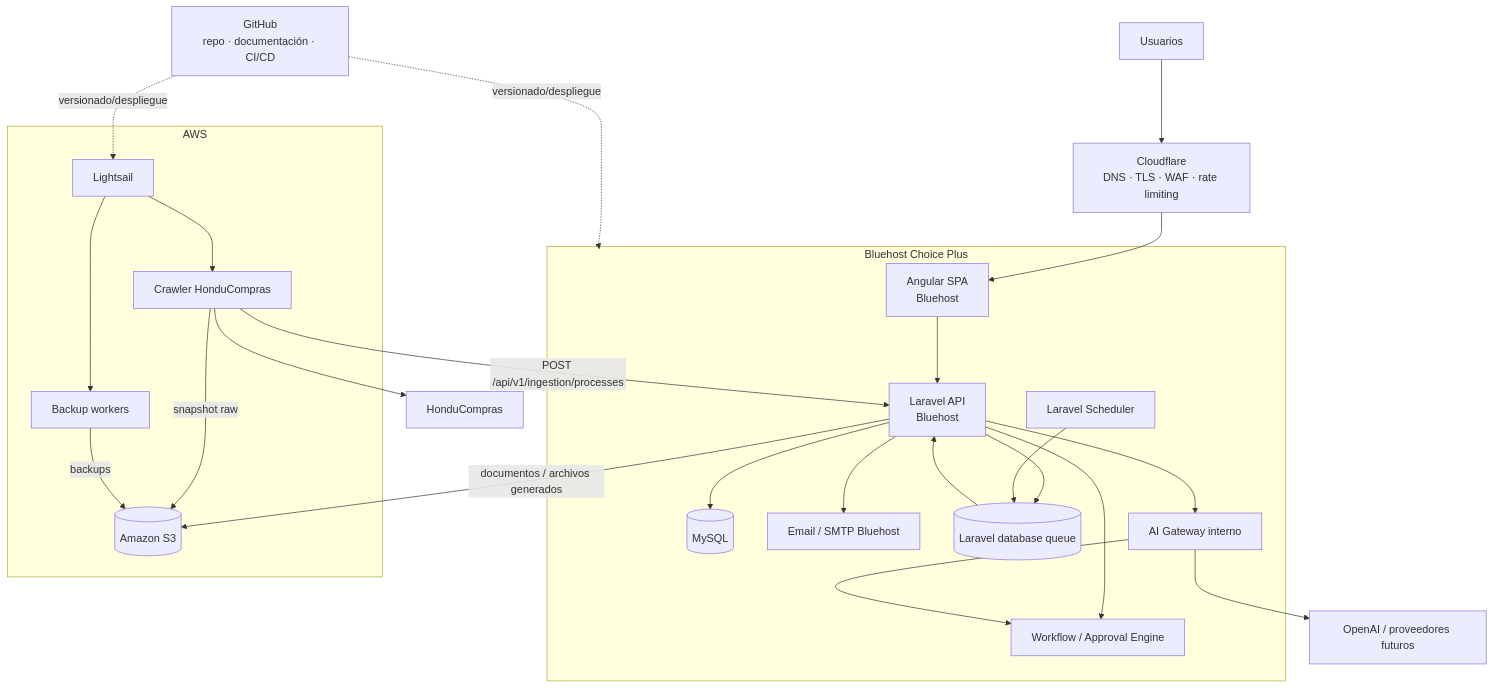
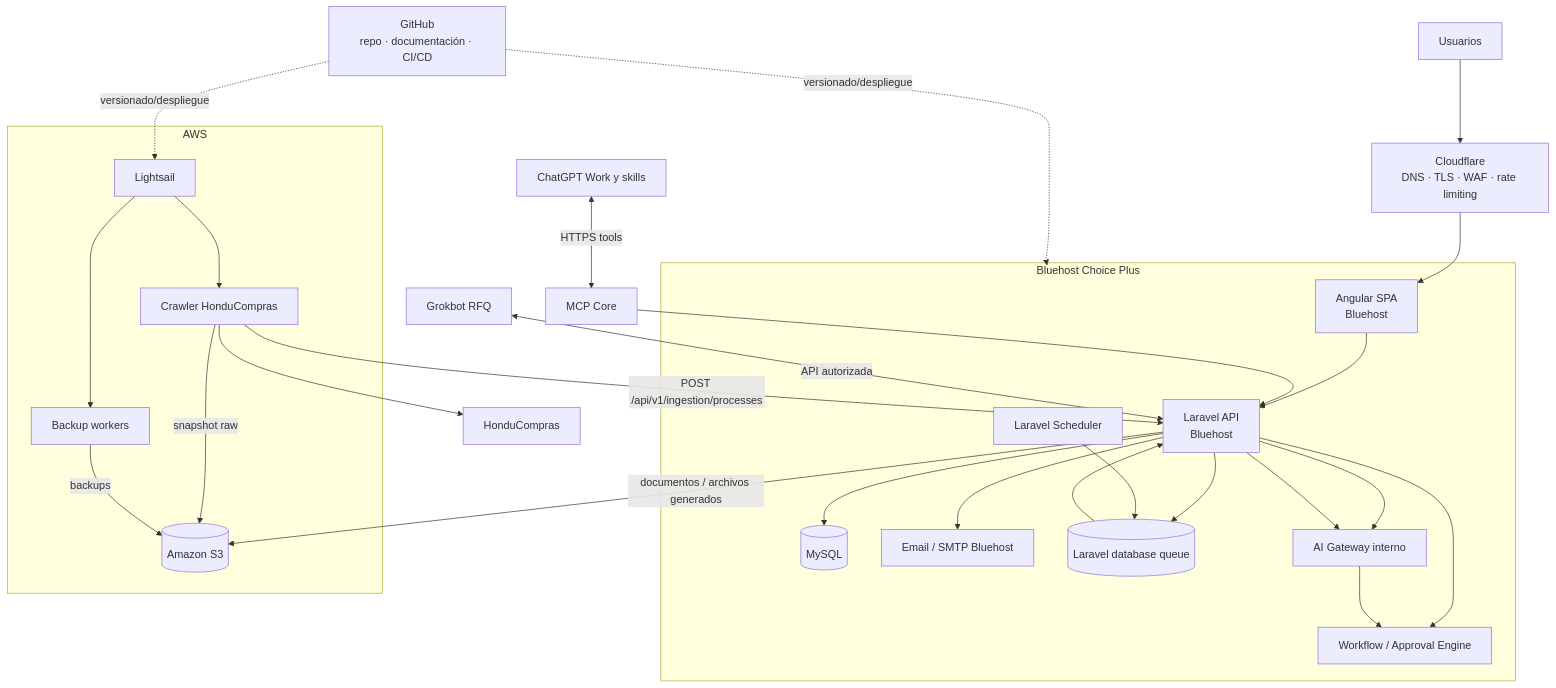
The first of 4 diagrams in docs/architecture/oficina-ai-v2.md (Ahcast/Bastion), drawn with Mermaid before and after one commit. The commit also changed other lines of this file and 28 other files, not shown here.

Commit message:
docs(ai): definir pipeline Work, RFQ, RAG S3 y revisión de ofertas

````diff
--- a/docs/architecture/oficina-ai-v2.md
+++ b/docs/architecture/oficina-ai-v2.md
@@ -47,47 +53,50 @@
 ```mermaid
 flowchart TB
 
     U["Usuarios"] --> CF["Cloudflare<br/>DNS · TLS · WAF · rate limiting"]
     CF --> FE["Angular SPA<br/>Bluehost"]
     FE --> API["Laravel API<br/>Bluehost"]
 
     subgraph BH["Bluehost Choice Plus"]
         FE
         API
         DB[("MySQL")]
         MAIL["Email / SMTP Bluehost"]
         SCH["Laravel Scheduler"]
         Q[("Laravel database queue")]
         AIGW["AI Gateway interno"]
         WF["Workflow / Approval Engine"]
     end
 
     API --> DB
     API --> MAIL
     API --> Q
     SCH --> Q
     Q --> API
     API --> AIGW
     API --> WF
     AIGW --> WF
 
     subgraph AWS["AWS"]
         LS["Lightsail"]
         CR["Crawler HonduCompras"]
         BW["Backup workers"]
         S3[("Amazon S3")]
     end
 
     LS --> CR
     LS --> BW
     CR --> HC["HonduCompras"]
     CR -->|"snapshot raw"| S3
     CR -->|"POST /api/v1/ingestion/processes"| API
     BW -->|"backups"| S3
     API -->|"documentos / archivos generados"| S3
 
-    AIGW --> AI["OpenAI / proveedores futuros"]
+    WORK["ChatGPT Work y skills"] <-->|"HTTPS tools"| MCP["MCP Core"]
+    MCP --> API
+    API --> AIGW
+    GROK["Grokbot RFQ"] <-->|"API autorizada"| API
 
     GH["GitHub<br/>repo · documentación · CI/CD"] -. versionado/despliegue .-> BH
     GH -. versionado/despliegue .-> LS
 ```
````
